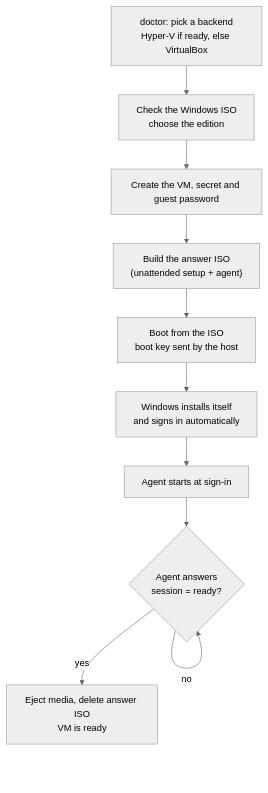
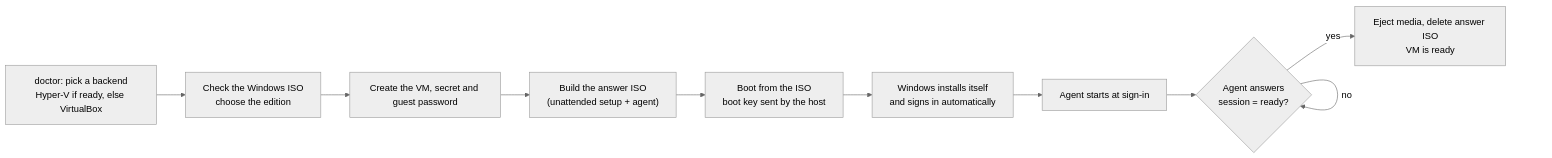
Before and after one commit to Aneesh-Madupalli/terminal-windows: the second of 3 diagrams in README.md, drawn with Mermaid (neutral theme).

Commit message:
README: make the up flowchart horizontal

````diff
--- a/README.md
+++ b/README.md
@@ -41,12 +41,12 @@
 ```mermaid
-flowchart TD
+flowchart LR
   A["doctor: pick a backend<br/>Hyper-V if ready, else VirtualBox"] --> B["Check the Windows ISO<br/>choose the edition"]
   B --> C["Create the VM, secret and guest password"]
   C --> D["Build the answer ISO<br/>(unattended setup + agent)"]
   D --> E["Boot from the ISO<br/>boot key sent by the host"]
   E --> F["Windows installs itself<br/>and signs in automatically"]
   F --> G["Agent starts at sign-in"]
   G --> H{"Agent answers<br/>session = ready?"}
   H -- no --> H
   H -- yes --> I["Eject media, delete answer ISO<br/>VM is ready"]
 ```
````
